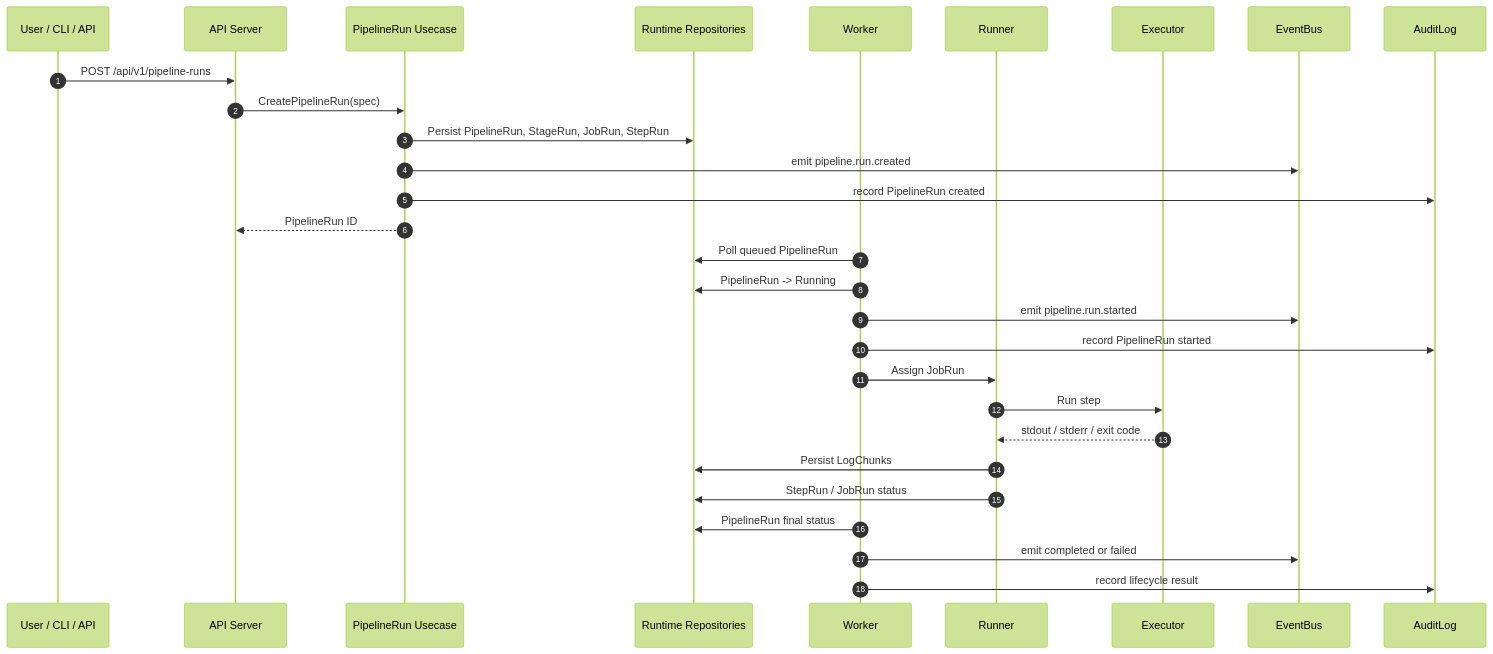
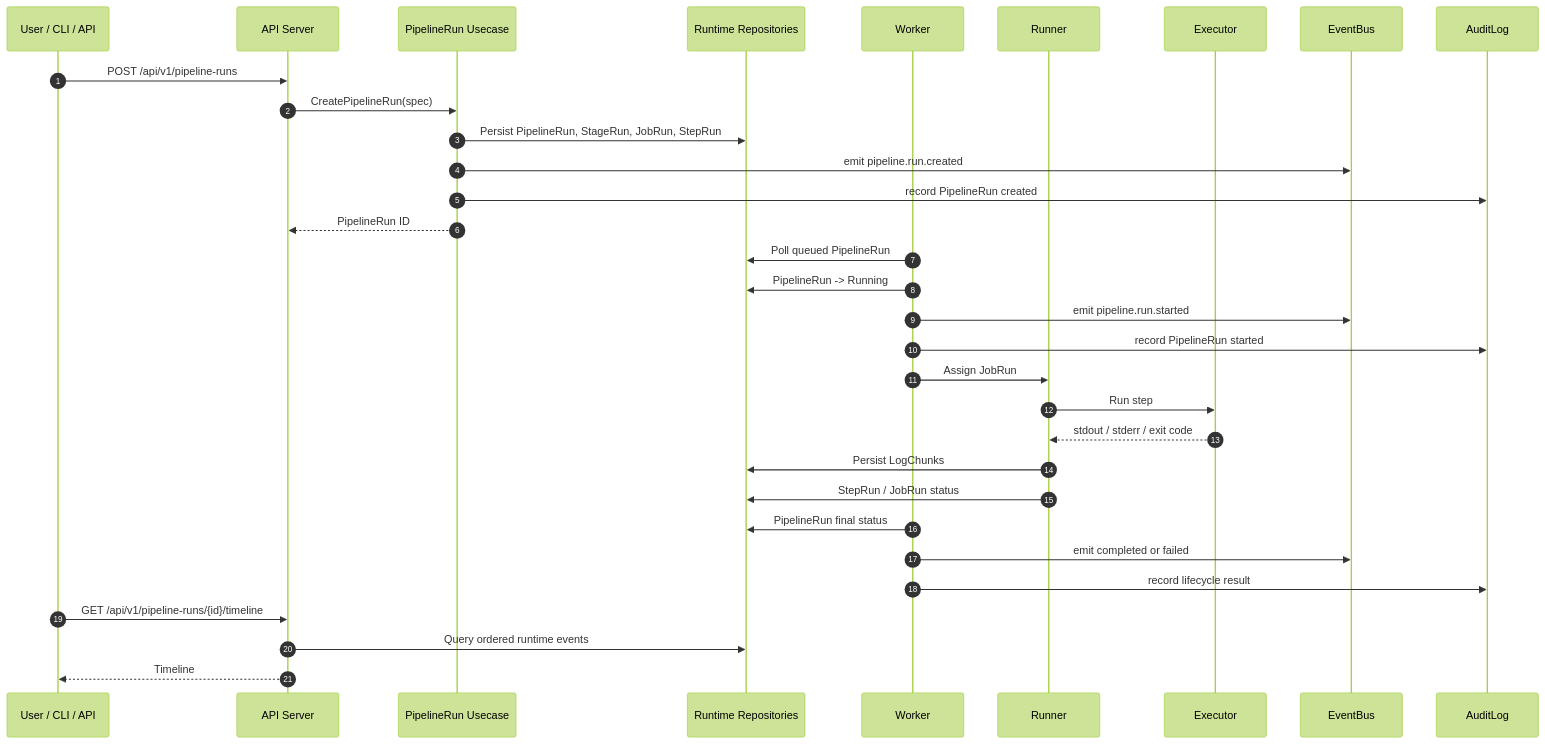
Before and after one commit to sevoniva/Nivora: the fourth of 11 diagrams in README.md, drawn with Mermaid (forest theme). The commit also changed other lines of this file and 2 other files, not shown here.

Commit message:
docs: strengthen public readme and planning diagrams

````diff
--- a/README.md
+++ b/README.md
@@ -350,32 +396,35 @@
 ```mermaid
 sequenceDiagram
     autonumber
     participant User as User / CLI / API
     participant API as API Server
     participant UC as PipelineRun Usecase
     participant Repo as Runtime Repositories
     participant Worker as Worker
     participant Runner as Runner
     participant Exec as Executor
     participant Event as EventBus
     participant Audit as AuditLog
 
     User->>API: POST /api/v1/pipeline-runs
     API->>UC: CreatePipelineRun(spec)
     UC->>Repo: Persist PipelineRun, StageRun, JobRun, StepRun
     UC->>Event: emit pipeline.run.created
     UC->>Audit: record PipelineRun created
     UC-->>API: PipelineRun ID
     Worker->>Repo: Poll queued PipelineRun
     Worker->>Repo: PipelineRun -> Running
     Worker->>Event: emit pipeline.run.started
     Worker->>Audit: record PipelineRun started
     Worker->>Runner: Assign JobRun
     Runner->>Exec: Run step
     Exec-->>Runner: stdout / stderr / exit code
     Runner->>Repo: Persist LogChunks
     Runner->>Repo: StepRun / JobRun status
     Worker->>Repo: PipelineRun final status
     Worker->>Event: emit completed or failed
     Worker->>Audit: record lifecycle result
+    User->>API: GET /api/v1/pipeline-runs/{id}/timeline
+    API->>Repo: Query ordered runtime events
+    API-->>User: Timeline
 ```
````
